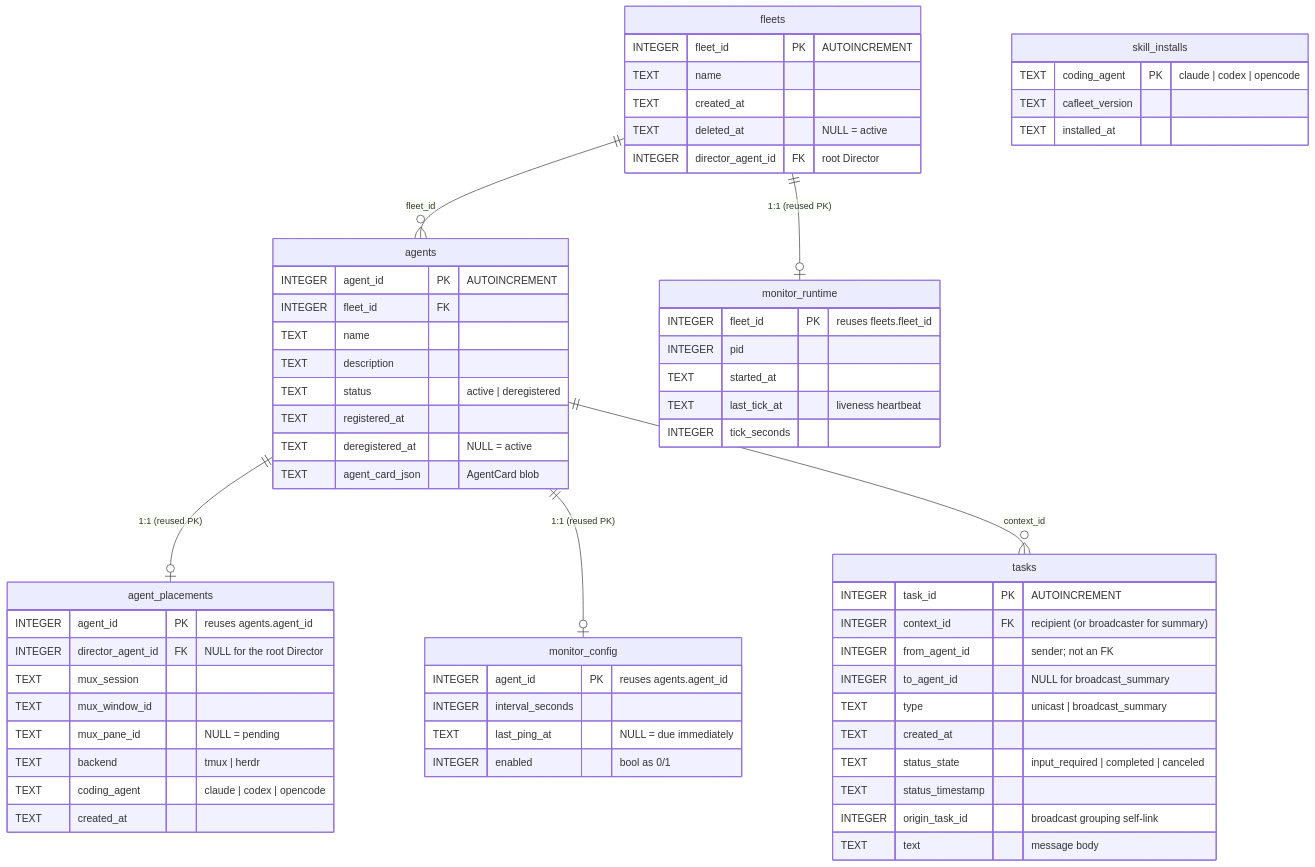
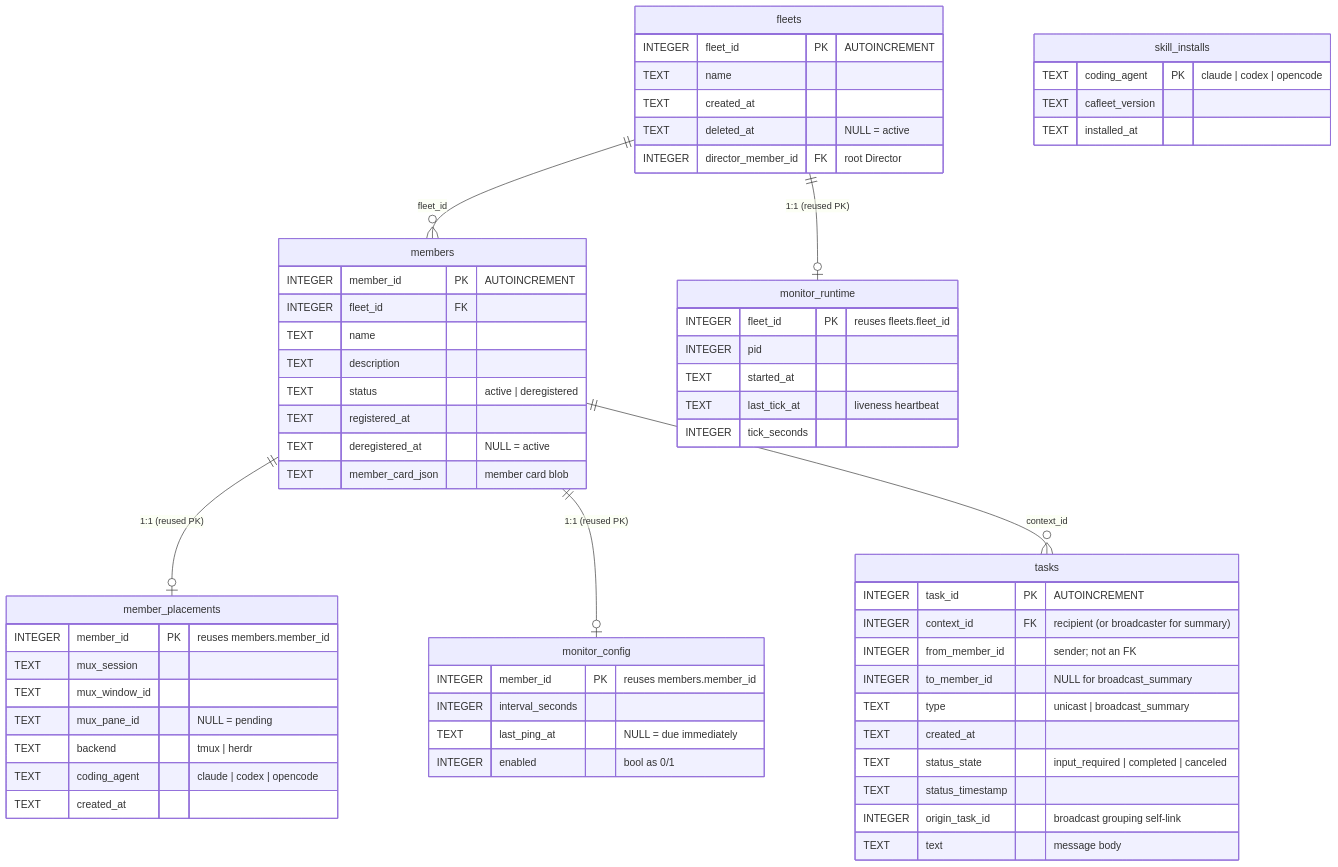
One commit to himkt/cafleet changed the diagram in docs/spec/data-model.md. Above: the diagram before and after it, drawn with Mermaid. The commit also changed other lines of this file and 64 other files, not shown here.

````diff
--- a/docs/spec/data-model.md
+++ b/docs/spec/data-model.md
@@ -18,66 +18,65 @@
 ```mermaid
 erDiagram
-    fleets ||--o{ agents : "fleet_id"
+    fleets ||--o{ members : "fleet_id"
     fleets ||--o| monitor_runtime : "1:1 (reused PK)"
-    agents ||--o| agent_placements : "1:1 (reused PK)"
-    agents ||--o| monitor_config : "1:1 (reused PK)"
-    agents ||--o{ tasks : "context_id"
+    members ||--o| member_placements : "1:1 (reused PK)"
+    members ||--o| monitor_config : "1:1 (reused PK)"
+    members ||--o{ tasks : "context_id"
 
     fleets {
         INTEGER fleet_id PK "AUTOINCREMENT"
         TEXT name
         TEXT created_at
         TEXT deleted_at "NULL = active"
-        INTEGER director_agent_id FK "root Director"
+        INTEGER director_member_id FK "root Director"
     }
-    agents {
-        INTEGER agent_id PK "AUTOINCREMENT"
+    members {
+        INTEGER member_id PK "AUTOINCREMENT"
         INTEGER fleet_id FK
         TEXT name
         TEXT description
         TEXT status "active | deregistered"
         TEXT registered_at
         TEXT deregistered_at "NULL = active"
-        TEXT agent_card_json "AgentCard blob"
+        TEXT member_card_json "member card blob"
     }
     tasks {
         INTEGER task_id PK "AUTOINCREMENT"
         INTEGER context_id FK "recipient (or broadcaster for summary)"
-        INTEGER from_agent_id "sender; not an FK"
-        INTEGER to_agent_id "NULL for broadcast_summary"
+        INTEGER from_member_id "sender; not an FK"
+        INTEGER to_member_id "NULL for broadcast_summary"
         TEXT type "unicast | broadcast_summary"
         TEXT created_at
         TEXT status_state "input_required | completed | canceled"
         TEXT status_timestamp
         INTEGER origin_task_id "broadcast grouping self-link"
         TEXT text "message body"
     }
-    agent_placements {
-        INTEGER agent_id PK "reuses agents.agent_id"
-        INTEGER director_agent_id FK "NULL for the root Director"
+    member_placements {
+        INTEGER member_id PK "reuses members.member_id"
         TEXT mux_session
         TEXT mux_window_id
         TEXT mux_pane_id "NULL = pending"
         TEXT backend "tmux | herdr"
         TEXT coding_agent "claude | codex | opencode"
         TEXT created_at
     }
     monitor_config {
-        INTEGER agent_id PK "reuses agents.agent_id"
+        INTEGER member_id PK "reuses members.member_id"
         INTEGER interval_seconds
         TEXT last_ping_at "NULL = due immediately"
         INTEGER enabled "bool as 0/1"
     }
     monitor_runtime {
         INTEGER fleet_id PK "reuses fleets.fleet_id"
         INTEGER pid
         TEXT started_at
         TEXT last_tick_at "liveness heartbeat"
         INTEGER tick_seconds
     }
     skill_installs {
         TEXT coding_agent PK "claude | codex | opencode"
         TEXT cafleet_version
         TEXT installed_at
     }
 ```
````
